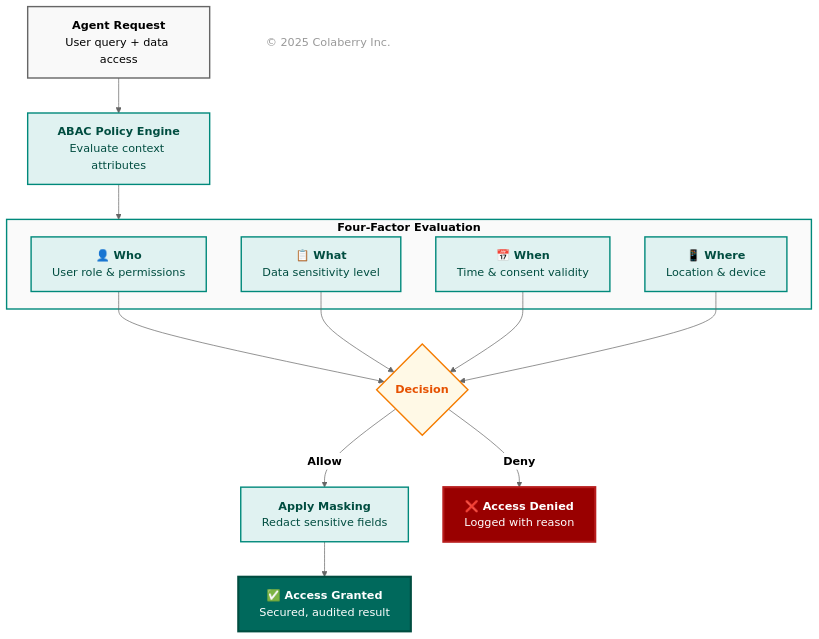
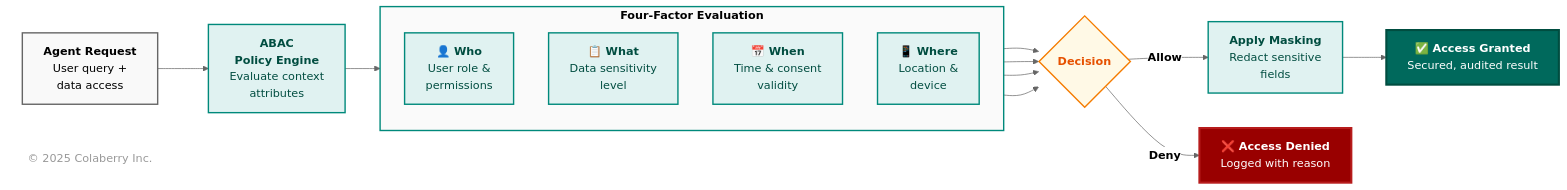
One commit to colaberry/enterprise-data-readiness-ai-agents changed the ninth of 18 diagrams in chapter-01/chapter_1_complete.md. Above: the diagram before and after it, drawn with Mermaid (neutral theme). The commit also changed other lines of this file, not shown here.

First line of the commit message:
diagrams made efficient with space

````diff
--- a/chapter-01/chapter_1_complete.md
+++ b/chapter-01/chapter_1_complete.md
@@ -1351,51 +1344,49 @@
 ```mermaid
-graph TB
-    REQ["<b>Agent Request</b><br/>User query + data access"]
+graph LR
+    REQ["<b>Agent Request</b><br/>User query +<br/>data access"]
     
-    POL["<b>ABAC Policy Engine</b><br/>Evaluate context attributes"]
+    POL["<b>ABAC<br/>Policy Engine</b><br/>Evaluate context<br/>attributes"]
     
     subgraph eval["<b>Four-Factor Evaluation</b>"]
-        WHO["<b>👤 Who</b><br/>User role & permissions"]
-        WHAT["<b>📋 What</b><br/>Data sensitivity level"]
-        WHEN["<b>📅 When</b><br/>Time & consent validity"]
-        WHERE["<b>📱 Where</b><br/>Location & device"]
+        direction TB
+        WHO["<b>👤 Who</b><br/>User role &<br/>permissions"]
+        WHAT["<b>📋 What</b><br/>Data sensitivity<br/>level"]
+        WHEN["<b>📅 When</b><br/>Time & consent<br/>validity"]
+        WHERE["<b>📱 Where</b><br/>Location &<br/>device"]
     end
     
     DEC{<b>Decision</b>}
     
-    MASK["<b>Apply Masking</b><br/>Redact sensitive fields"]
+    MASK["<b>Apply Masking</b><br/>Redact sensitive<br/>fields"]
     
     ALLOW["<b>✅ Access Granted</b><br/>Secured, audited result"]
     
     DENY["<b>❌ Access Denied</b><br/>Logged with reason"]
     
     REQ --> POL
     POL --> eval
     WHO --> DEC
     WHAT --> DEC
     WHEN --> DEC
     WHERE --> DEC
     DEC -->|"<b>Allow</b>"| MASK
     DEC -->|"<b>Deny</b>"| DENY
     MASK --> ALLOW
     
-    %% Link styling
-    
     style REQ fill:#f9f9f9,stroke:#666666,stroke-width:2px,color:#000000
     style POL fill:#e0f2f1,stroke:#00897b,stroke-width:2px,color:#004d40
     style eval fill:#fafafa,stroke:#00897b,stroke-width:2px,color:#000000
     style WHO fill:#e0f2f1,stroke:#00897b,stroke-width:2px,color:#004d40
     style WHAT fill:#e0f2f1,stroke:#00897b,stroke-width:2px,color:#004d40
     style WHEN fill:#e0f2f1,stroke:#00897b,stroke-width:2px,color:#004d40
     style WHERE fill:#e0f2f1,stroke:#00897b,stroke-width:2px,color:#004d40
     style DEC fill:#fff9e6,stroke:#f57c00,stroke-width:2px,color:#e65100
     style MASK fill:#e0f2f1,stroke:#00897b,stroke-width:2px,color:#004d40
     style ALLOW fill:#00695c,color:#ffffff,stroke:#004d40,stroke-width:3px
+    style DENY fill:#990000,color:#ffffff,stroke:#b71c1c,stroke-width:3px
 
     %% Copyright Notice
     CR["© 2025 Colaberry Inc."]
-
-    style DENY fill:#990000,color:#ffffff,stroke:#b71c1c,stroke-width:3px
     style CR fill:none,stroke:none,color:#999999
 
 ```
````
